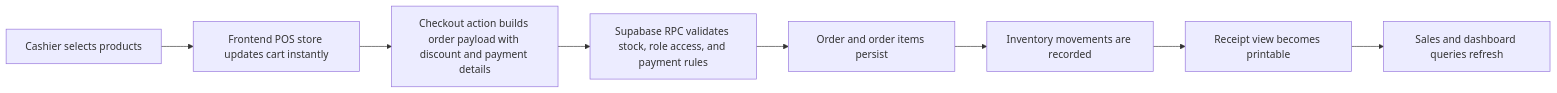
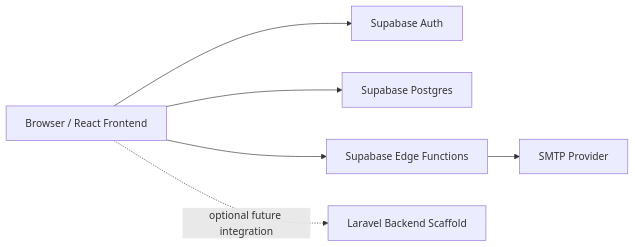
Before and after one commit to Kakashimoto14/cafe-pos: the diagram in README.md, drawn with Mermaid. The commit also changed other lines of this file and 26 other files, not shown here.

Commit message:
Fix Orders and Sales loading with lightweight paginated queries

````diff
--- a/README.md
+++ b/README.md
@@ -382,10 +95,8 @@
 ```mermaid
 flowchart LR
-    A["Cashier selects products"] --> B["Frontend POS store updates cart instantly"]
-    B --> C["Checkout action builds order payload with discount and payment details"]
-    C --> D["Supabase RPC validates stock, role access, and payment rules"]
-    D --> E["Order and order items persist"]
-    E --> F["Inventory movements are recorded"]
-    F --> G["Receipt view becomes printable"]
-    G --> H["Sales and dashboard queries refresh"]
+    A["Browser / React Frontend"] --> B["Supabase Auth"]
+    A --> C["Supabase Postgres"]
+    A --> D["Supabase Edge Functions"]
+    D --> E["SMTP Provider"]
+    A -. optional future integration .-> F["Laravel Backend Scaffold"]
 ```
````
